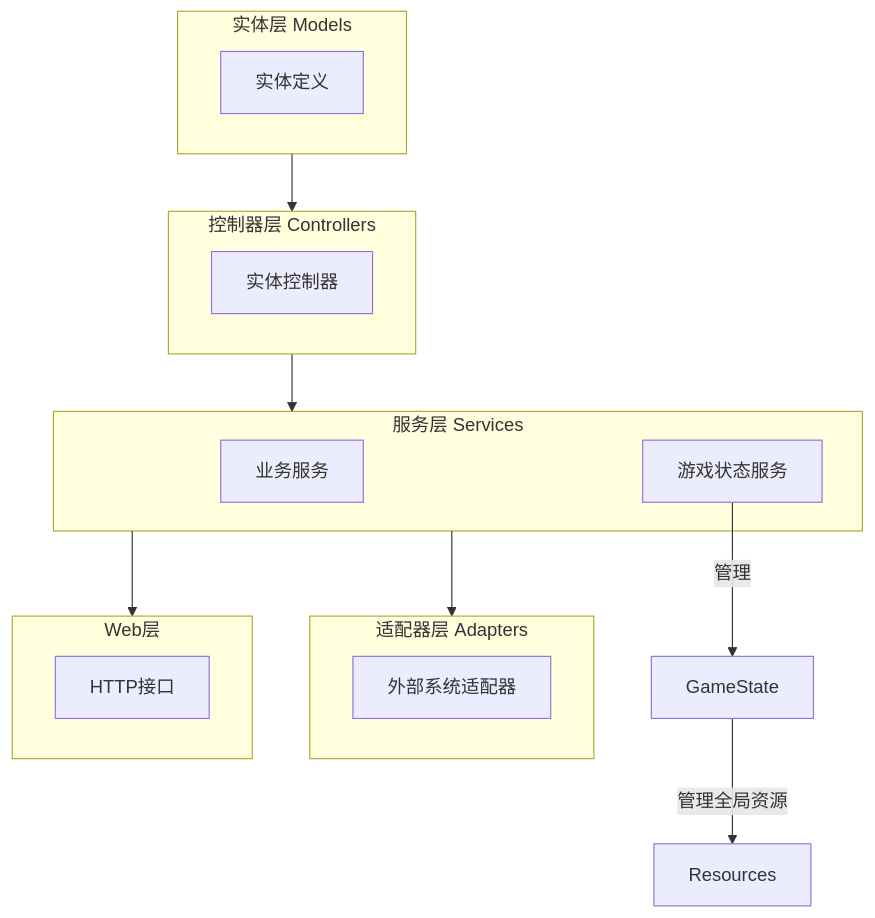
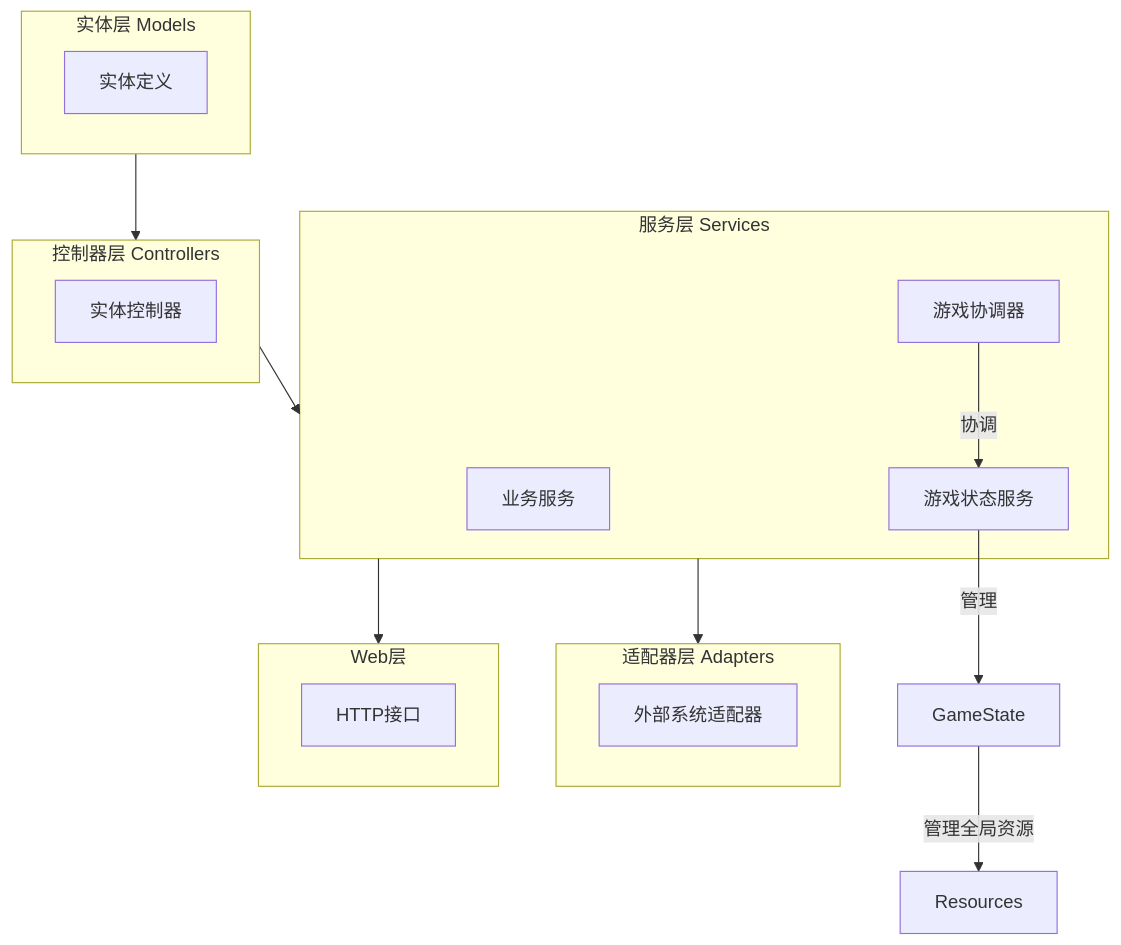
The first of 7 diagrams in docs/架构.md (crossagent/paotuan), drawn with Mermaid before and after one commit. The commit also changed other lines of this file and 4 other files, not shown here.

````diff
--- a/docs/架构.md
+++ b/docs/架构.md
@@ -15,31 +15,33 @@
 ```mermaid
 graph TD
     GameState[GameState] --> |管理全局资源| Resources
     
     subgraph models[实体层 Models]
         Entities[实体定义]
     end
     
     subgraph core[控制器层 Controllers]
         Controllers[实体控制器]
     end
     
     subgraph services[服务层 Services]
         ServiceLayer[业务服务]
         GameStateService[游戏状态服务]
+        GameCoordinator[游戏协调器]
     end
     
     subgraph adapters[适配器层 Adapters]
         AdapterLayer[外部系统适配器]
     end
     
     subgraph web[Web层]
         WebLayer[HTTP接口]
     end
     
     models --> core
     core --> services
     services --> adapters
     services --> web
     GameStateService --> |管理| GameState
+    GameCoordinator --> |协调| GameStateService
 ```
````
